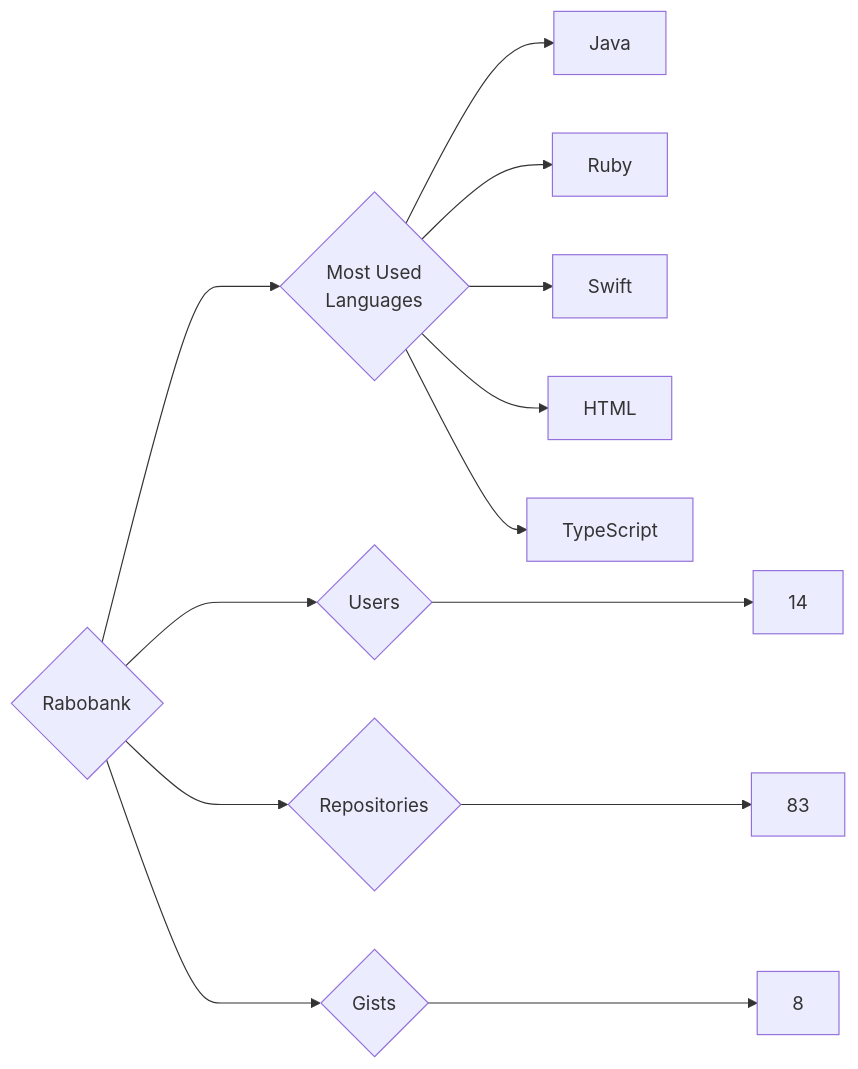
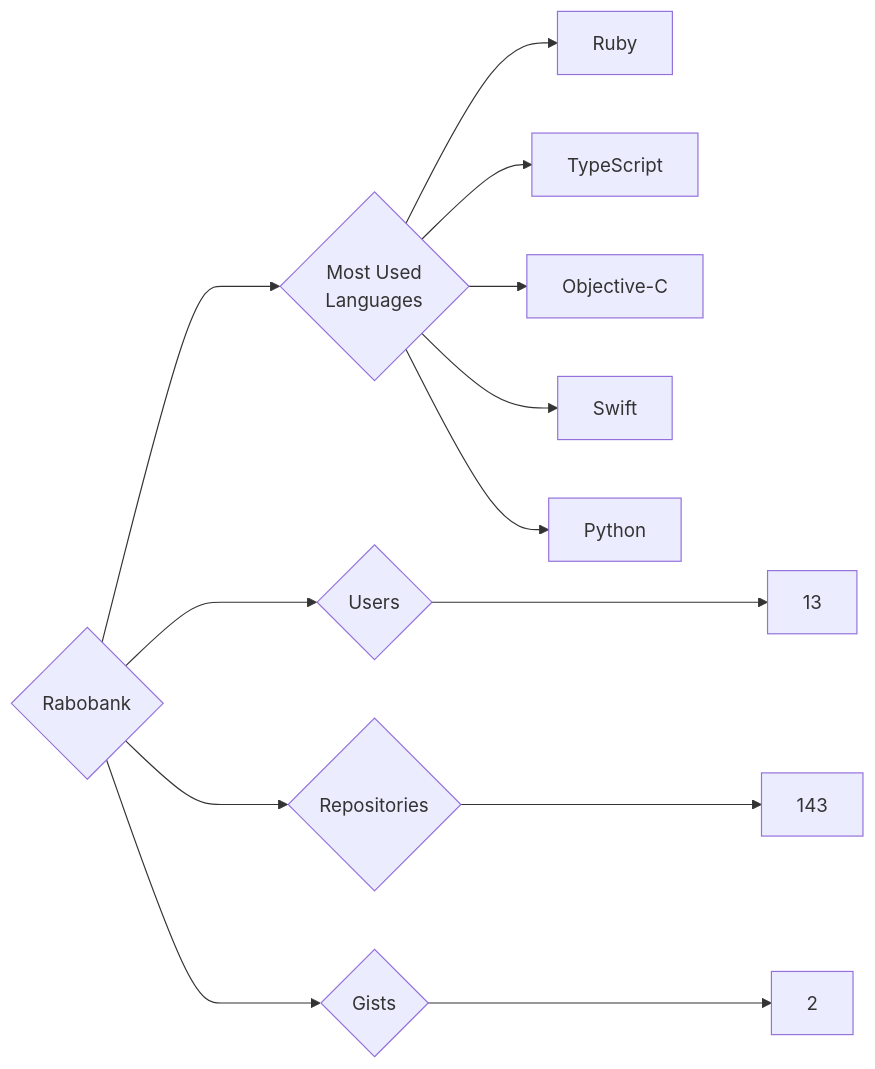
The diagram in targets/Rabobank/README.md (trickest/insiders), drawn with Mermaid before and after one commit. The commit also changed 912 other files, not shown here.

````diff
--- a/targets/Rabobank/README.md
+++ b/targets/Rabobank/README.md
@@ -3,13 +3,13 @@
 ```mermaid
 graph LR
 COMPANY_NAME{Rabobank}
-COMPANY_NAME ---> U{Users} ---> UN[14]
-COMPANY_NAME ---> R{Repositories} ---> RN[83]
-COMPANY_NAME ---> G{Gists} ---> GN[8]
+COMPANY_NAME ---> U{Users} ---> UN[13]
+COMPANY_NAME ---> R{Repositories} ---> RN[143]
+COMPANY_NAME ---> G{Gists} ---> GN[2]
 COMPANY_NAME ---> ML{Most Used<br>Languages}
-ML --> Java[Java]
 ML --> Ruby[Ruby]
+ML --> TypeScript[TypeScript]
+ML --> Objective-C[Objective-C]
 ML --> Swift[Swift]
-ML --> HTML[HTML]
-ML --> TypeScript[TypeScript]
+ML --> Python[Python]
 ```
````
